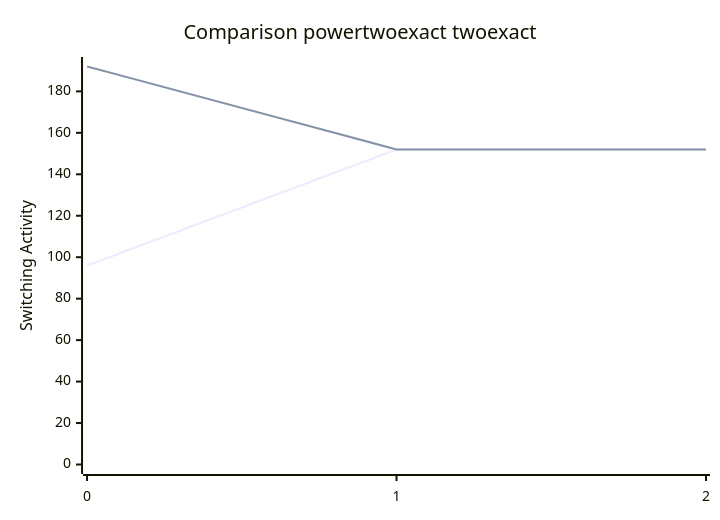
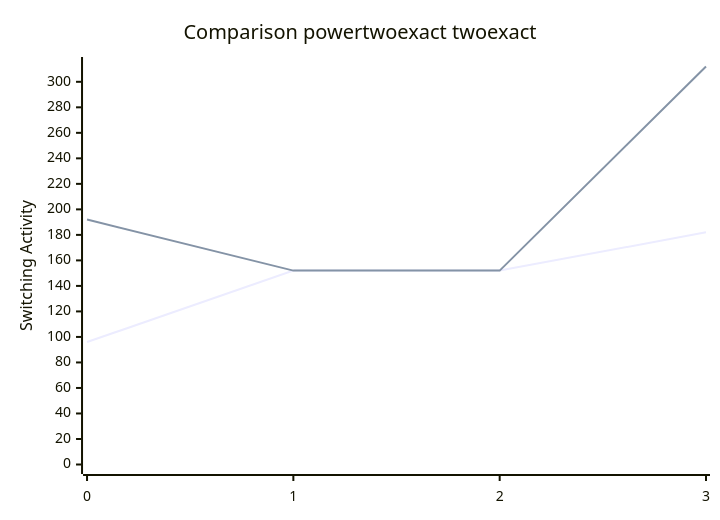
One commit to FeldmeierMichael/Exact-Power-Synthesis changed the diagram in benchmark.md. Above: the diagram before and after it, drawn with Mermaid. The commit also changed other lines of this file and 2 other files, not shown here.

````diff
--- a/benchmark.md
+++ b/benchmark.md
@@ -17,8 +19,8 @@
 ```mermaid
 xychart-beta
     title "Comparison powertwoexact twoexact"
-    x-axis [0, 1, 2]
-    y-axis "Switching Activity" 0-->192
-    line [96, 152, 152]
-    line [192, 152, 152]
+    x-axis [0, 1, 2, 3]
+    y-axis "Switching Activity" 0-->312
+    line [96, 152, 152, 182]
+    line [192, 152, 152, 312]
 ```
````
